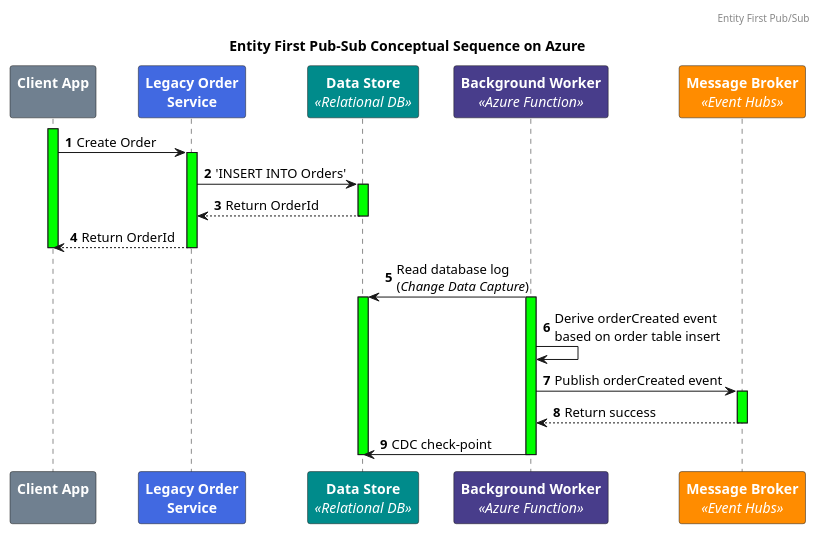
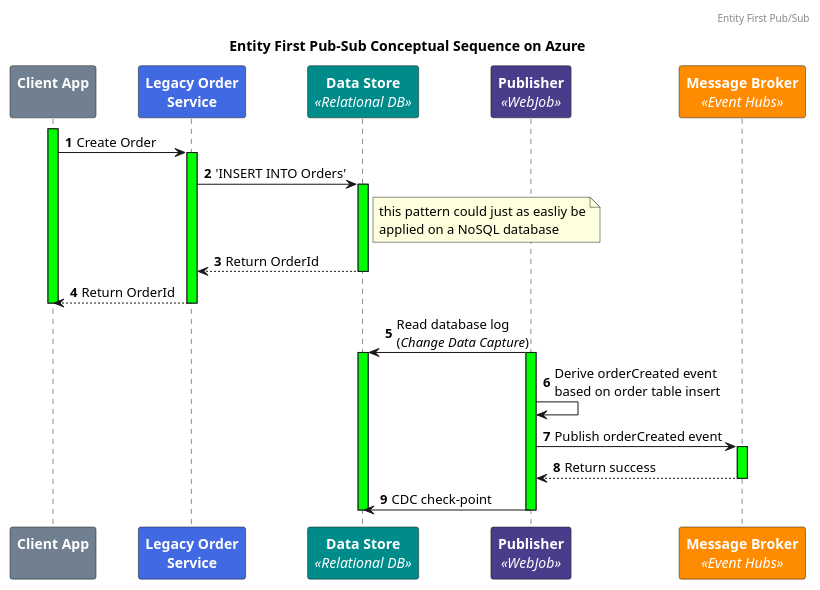
The diagram in diagrams/entity_first_azure_conceptual.puml (Gio0300/LoosePubSubAzure), drawn with PlantUML before and after one commit. The commit also changed 2 other files, not shown here.

```diff
--- a/diagrams/entity_first_azure_conceptual.puml
+++ b/diagrams/entity_first_azure_conceptual.puml
@@ -1,38 +1,39 @@
 @startuml
 skinparam ParticipantFontSize 14
 skinparam ParticipantFontColor #White
 header "Entity First Pub/Sub"
 title Entity First Pub-Sub Conceptual Sequence on Azure
 participant ClientApp as "<b>Client App\n" #SlateGray
 participant OrderService as "<b>Legacy Order\n<b>Service" #RoyalBlue
-participant EntityStore as "<b>Data Store\n<i><<Relational DB>>" #DarkCyan
-participant Publisher as "<b>Background Worker\n<i><<Azure Function>>" #DarkSlateBlue
+participant DataStore as "<b>Data Store\n<i><<Relational DB>>" #DarkCyan
+participant Publisher as "<b>Publisher\n<i><<WebJob>>" #DarkSlateBlue
 participant EventHubs as "<b>Message Broker\n<i><<Event Hubs>>" #Darkorange
 
 autonumber
 activate ClientApp #Lime
 ClientApp -> OrderService : Create Order
 activate OrderService #Lime
 
-OrderService -> EntityStore : 'INSERT INTO Orders'
-activate EntityStore #Lime
-EntityStore --> OrderService : Return OrderId
+OrderService -> DataStore : 'INSERT INTO Orders'
+note right of DataStore: this pattern could just as easliy be\napplied on a NoSQL database
+activate DataStore #Lime
+DataStore --> OrderService : Return OrderId
 
-deactivate EntityStore
+deactivate DataStore
 OrderService --> ClientApp : Return OrderId
 deactivate OrderService
 deactivate ClientApp
 
-EntityStore <- Publisher : Read database log\n(<i>Change Data Capture</i>)
-activate EntityStore #Lime
+DataStore <- Publisher : Read database log\n(<i>Change Data Capture</i>)
+activate DataStore #Lime
 activate Publisher #Lime
 Publisher -> Publisher : Derive orderCreated event\nbased on order table insert
 
 Publisher -> EventHubs : Publish orderCreated event
 activate EventHubs #Lime
 EventHubs --> Publisher : Return success
 deactivate EventHubs
-Publisher -> EntityStore : CDC check-point
+Publisher -> DataStore : CDC check-point
 deactivate Publisher
-deactivate EntityStore
+deactivate DataStore
 @enduml
```
